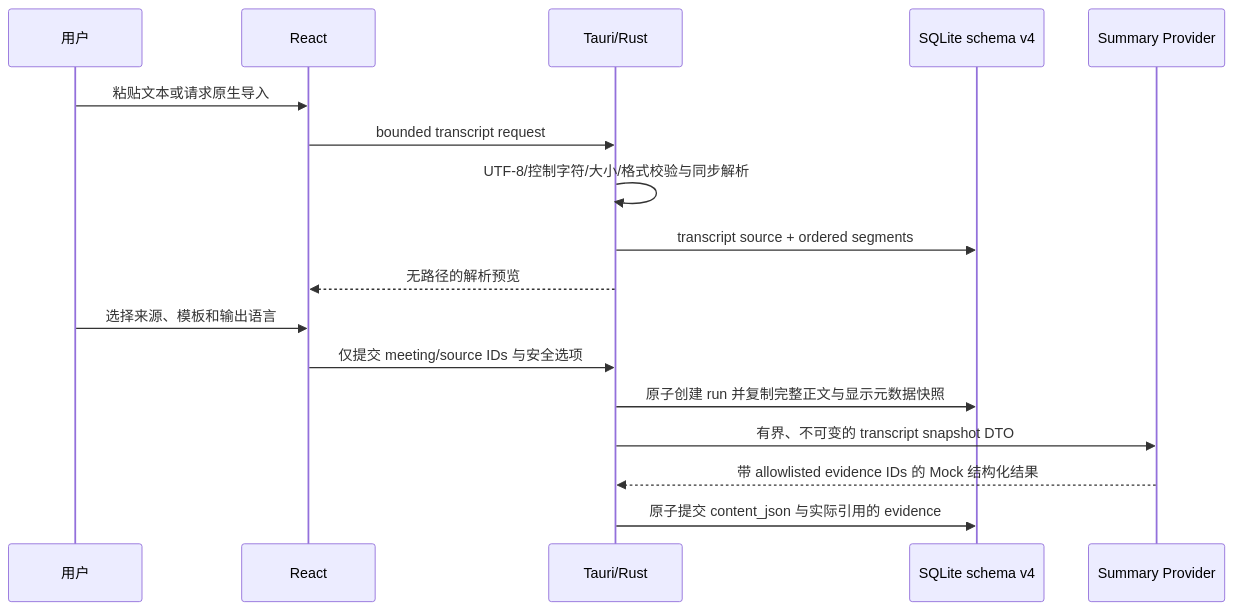
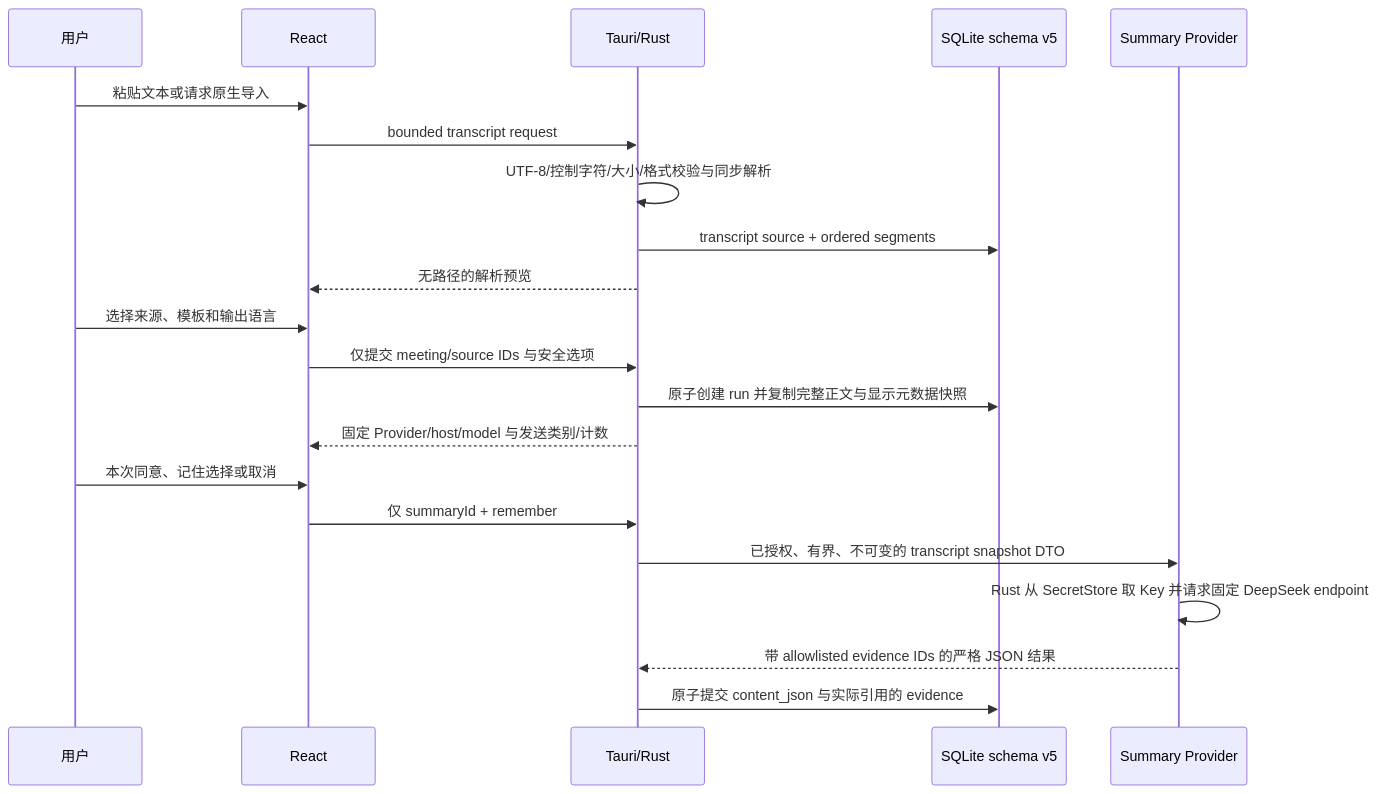
The fifth of 7 diagrams in ARCHITECTURE.md (Gray-8a/MeetingLens), drawn with Mermaid before and after one commit. The commit also changed other lines of this file and 52 other files, not shown here.

Commit message:
feat: add DeepSeek summary provider (#24)

````diff
--- a/ARCHITECTURE.md
+++ b/ARCHITECTURE.md
@@ -230,19 +233,23 @@
 ```mermaid
 sequenceDiagram
     participant User as 用户
     participant UI as React
     participant Rust as Tauri/Rust
-    participant DB as SQLite schema v4
+    participant DB as SQLite schema v5
     participant Summary as Summary Provider
     User->>UI: 粘贴文本或请求原生导入
     UI->>Rust: bounded transcript request
     Rust->>Rust: UTF-8/控制字符/大小/格式校验与同步解析
     Rust->>DB: transcript source + ordered segments
     Rust-->>UI: 无路径的解析预览
     User->>UI: 选择来源、模板和输出语言
     UI->>Rust: 仅提交 meeting/source IDs 与安全选项
     Rust->>DB: 原子创建 run 并复制完整正文与显示元数据快照
-    Rust->>Summary: 有界、不可变的 transcript snapshot DTO
-    Summary-->>Rust: 带 allowlisted evidence IDs 的 Mock 结构化结果
+    Rust-->>UI: 固定 Provider/host/model 与发送类别/计数
+    User->>UI: 本次同意、记住选择或取消
+    UI->>Rust: 仅 summaryId + remember
+    Rust->>Summary: 已授权、有界、不可变的 transcript snapshot DTO
+    Summary->>Summary: Rust 从 SecretStore 取 Key 并请求固定 DeepSeek endpoint
+    Summary-->>Rust: 带 allowlisted evidence IDs 的严格 JSON 结果
     Rust->>DB: 原子提交 content_json 与实际引用的 evidence
 ```
````
